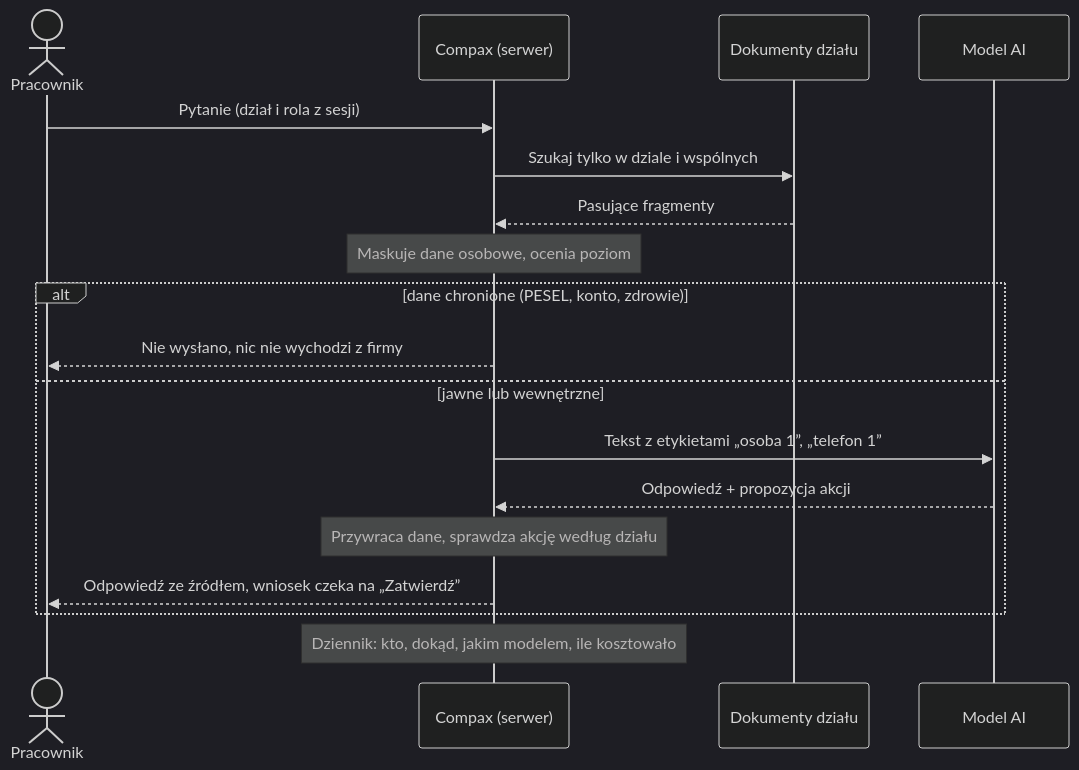
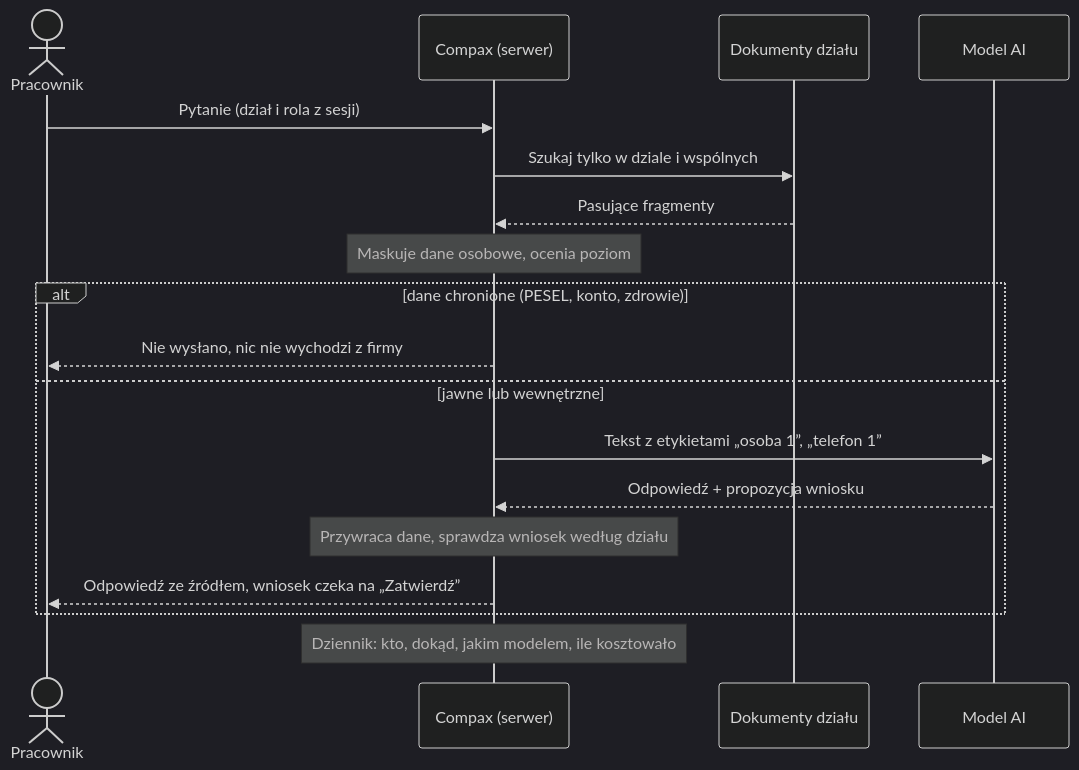
Before and after one commit to PiotrBednarski-EngineerOfHumanGoods/ai-platforma-demo: the diagram in README.md, drawn with Mermaid (dark theme). The commit also changed other lines of this file and 7 other files, not shown here.

````diff
--- a/README.md
+++ b/README.md
@@ -227,20 +227,20 @@
 ```mermaid
 sequenceDiagram
     actor P as Pracownik
     participant C as Compax (serwer)
     participant D as Dokumenty działu
     participant M as Model AI
     P->>C: Pytanie (dział i rola z sesji)
     C->>D: Szukaj tylko w dziale i wspólnych
     D-->>C: Pasujące fragmenty
     Note over C: Maskuje dane osobowe, ocenia poziom
     alt dane chronione (PESEL, konto, zdrowie)
         C-->>P: Nie wysłano, nic nie wychodzi z firmy
     else jawne lub wewnętrzne
         C->>M: Tekst z etykietami „osoba 1”, „telefon 1”
-        M-->>C: Odpowiedź + propozycja akcji
-        Note over C: Przywraca dane, sprawdza akcję według działu
+        M-->>C: Odpowiedź + propozycja wniosku
+        Note over C: Przywraca dane, sprawdza wniosek według działu
         C-->>P: Odpowiedź ze źródłem, wniosek czeka na „Zatwierdź”
     end
     Note over C: Dziennik: kto, dokąd, jakim modelem, ile kosztowało
 ```
````
